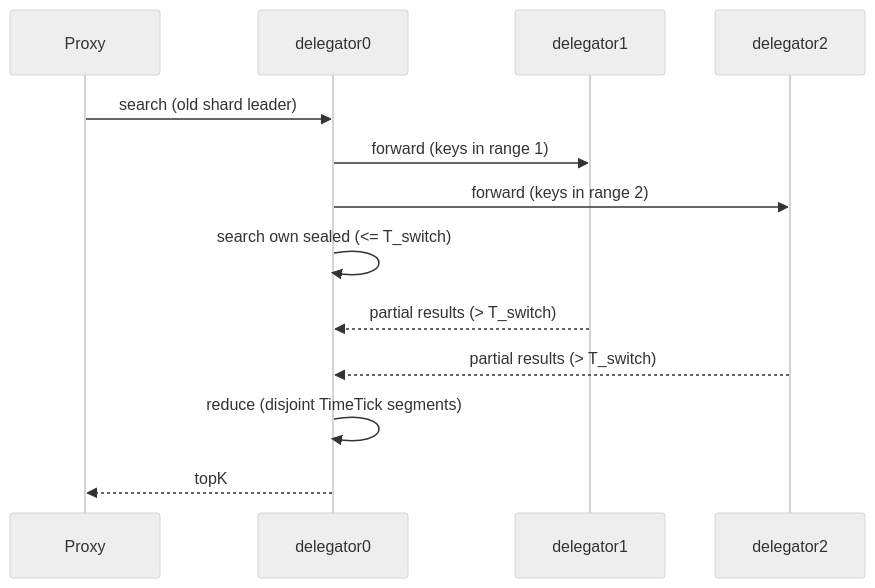
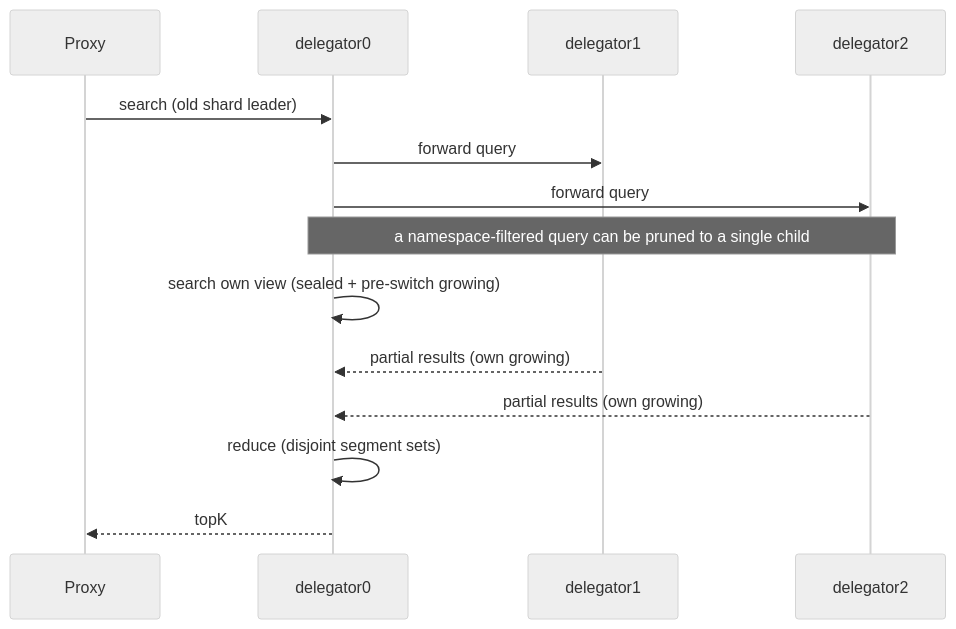
The third of 4 diagrams in docs/design-docs/design_docs/20260610-shard_split.md (milvus-io/milvus), drawn with Mermaid (neutral theme) before and after one commit. The commit also changed other lines of this file, not shown here.

````diff
--- a/docs/design-docs/design_docs/20260610-shard_split.md
+++ b/docs/design-docs/design_docs/20260610-shard_split.md
@@ -283,15 +417,16 @@
 ```mermaid
 sequenceDiagram
     participant PX as Proxy
     participant D0 as delegator0
     participant D1 as delegator1
     participant D2 as delegator2
     PX->>D0: search (old shard leader)
-    D0->>D1: forward (keys in range 1)
-    D0->>D2: forward (keys in range 2)
-    D0->>D0: search own sealed (<= T_switch)
-    D1-->>D0: partial results (> T_switch)
-    D2-->>D0: partial results (> T_switch)
-    D0->>D0: reduce (disjoint TimeTick segments)
+    D0->>D1: forward query
+    D0->>D2: forward query
+    Note over D0,D2: a namespace-filtered query can be pruned to a single child
+    D0->>D0: search own view (sealed + pre-switch growing)
+    D1-->>D0: partial results (own growing)
+    D2-->>D0: partial results (own growing)
+    D0->>D0: reduce (disjoint segment sets)
     D0-->>PX: topK
 ```
````
